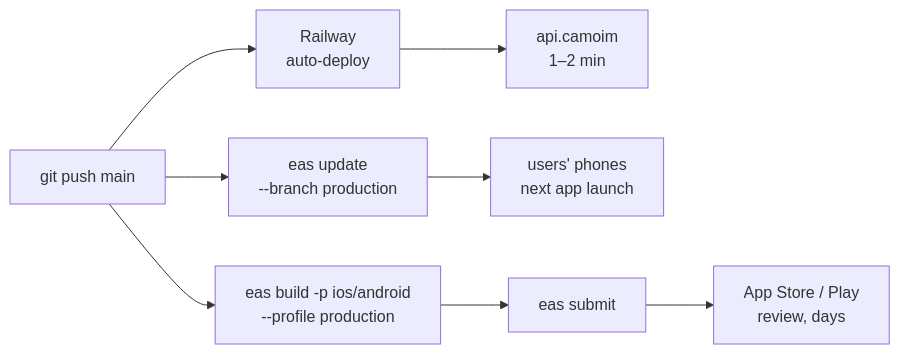
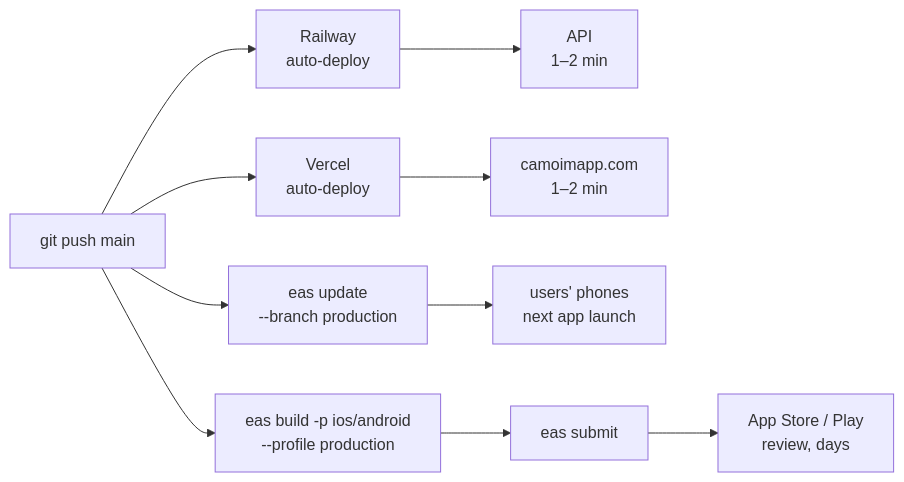
Before and after one commit to HyeonjunSon/camoim: the sixth of 6 diagrams in docs/ARCHITECTURE.md, drawn with Mermaid. The commit also changed other lines of this file and 7 other files, not shown here.

````diff
--- a/docs/ARCHITECTURE.md
+++ b/docs/ARCHITECTURE.md
@@ -328,12 +418,15 @@
 ```mermaid
 flowchart LR
     DEV["git push main"] --> RW["Railway<br/>auto-deploy"]
-    RW --> PROD["api.camoim<br/>1–2 min"]
+    RW --> PROD["API<br/>1–2 min"]
+
+    DEV --> VC["Vercel<br/>auto-deploy"]
+    VC --> WEB["camoimapp.com<br/>1–2 min"]
 
     DEV --> OTA["eas update<br/>--branch production"]
     OTA --> USERS["users' phones<br/>next app launch"]
 
     DEV --> BUILD["eas build -p ios/android<br/>--profile production"]
     BUILD --> SUB["eas submit"]
     SUB --> STORE["App Store / Play<br/>review, days"]
 ```
````
